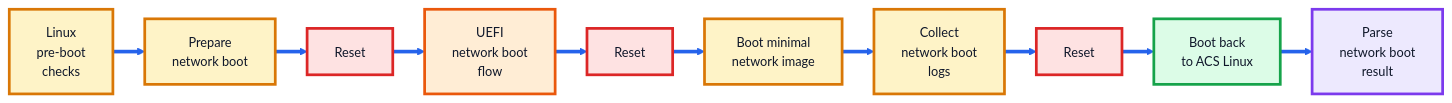
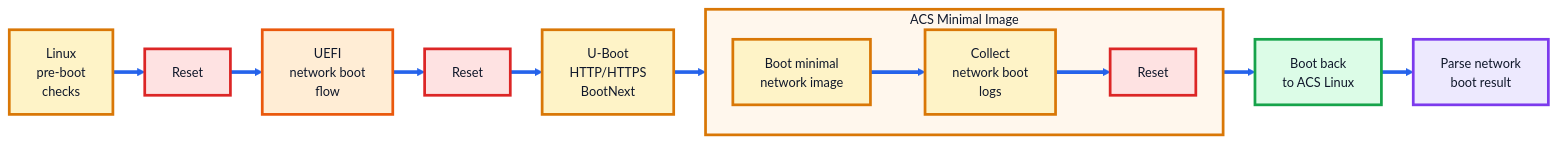
The sixth of 8 diagrams in docs/systemredy_devicetree_band_flow.md (manjunath3divakar/arm-systemready), drawn with Mermaid before and after one commit. The commit also changed other lines of this file, not shown here.

Commit message:
Refactor capsule and network boot flow descriptions

````diff
--- a/docs/systemredy_devicetree_band_flow.md
+++ b/docs/systemredy_devicetree_band_flow.md
@@ -309,47 +317,54 @@
 ```mermaid
 %%{init: {
   "theme": "base",
   "flowchart": {
     "curve": "linear",
     "nodeSpacing": 25,
     "rankSpacing": 35
   },
   "themeVariables": {
     "fontFamily": "Arial",
     "fontSize": "14px",
     "primaryBorderColor": "#0f172a",
     "lineColor": "#2563eb",
     "tertiaryColor": "#ffffff"
   }
 }}%%
 
 flowchart LR
 
     linkStyle default stroke:#2563eb,stroke-width:4px;
 
     A["Linux<br/>pre-boot<br/>checks"]
-    A --> B["Prepare<br/>network boot"]
-    B --> R1["Reset"]
+    A --> R1["Reset"]
 
-    R1 --> C["UEFI<br/>network boot<br/>flow"]
-    C --> R2["Reset"]
+    R1 --> B["UEFI<br/>network boot<br/>flow"]
+    B --> R2["Reset"]
 
-    R2 --> D["Boot minimal<br/>network image"]
-    D --> E["Collect<br/>network boot<br/>logs"]
-    E --> R3["Reset"]
+    R2 --> C["U-Boot<br/>HTTP/HTTPS<br/>BootNext"]
 
+    subgraph MIN["ACS Minimal Image"]
+        direction LR
+        D["Boot minimal<br/>network image"]
+        D --> E["Collect<br/>network boot<br/>logs"]
+        E --> R3["Reset"]
+    end
+
+    C --> D
     R3 --> F["Boot back<br/>to ACS Linux"]
-    F --> G["Parse<br/>network boot<br/>result"]
+    F --> G["Parse network<br/>boot result"]
 
     classDef optional fill:#fef3c7,stroke:#d97706,stroke-width:3px,color:#0f172a;
     classDef uefi fill:#ffedd5,stroke:#ea580c,stroke-width:3px,color:#0f172a;
     classDef reboot fill:#fee2e2,stroke:#dc2626,stroke-width:3px,color:#0f172a;
     classDef linux fill:#dcfce7,stroke:#16a34a,stroke-width:3px,color:#0f172a;
     classDef result fill:#ede9fe,stroke:#7c3aed,stroke-width:3px,color:#0f172a;
 
-    class A,B,D,E optional;
-    class C uefi;
+    class A,C,D,E optional;
+    class B uefi;
     class R1,R2,R3 reboot;
     class F linux;
     class G result;
+
+    style MIN fill:#fff7ed,stroke:#d97706,stroke-width:3px,color:#0f172a;
 ```
````
